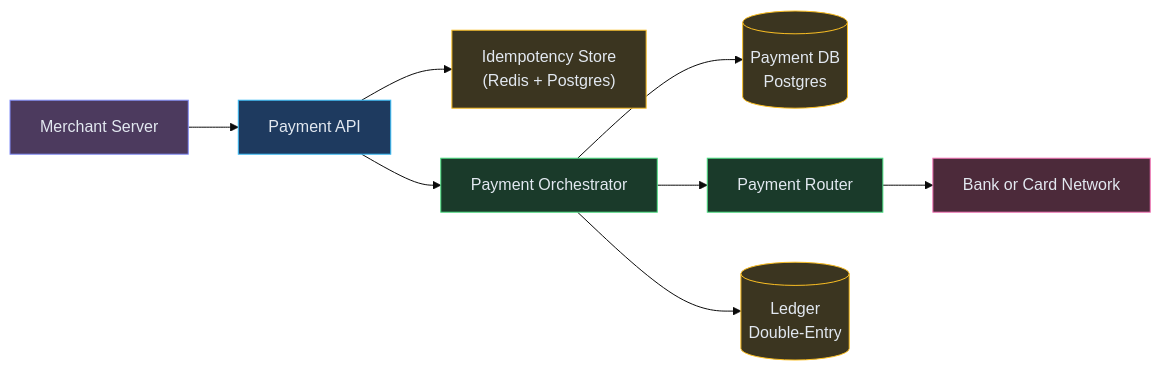
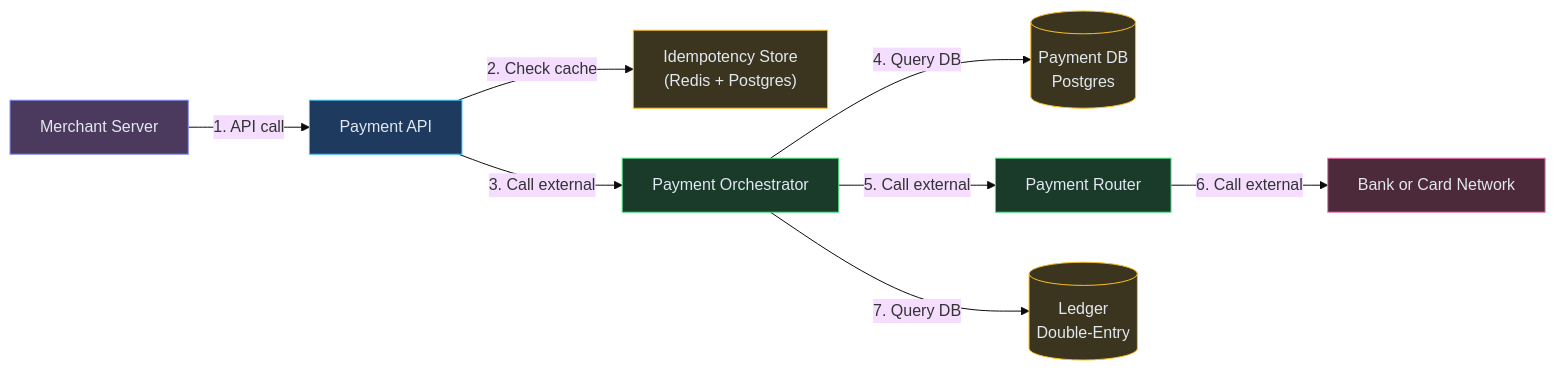
The second of 6 diagrams in content/hld/PaymentSystem.md (iluzn/HLD-Designs), drawn with Mermaid (base theme) before and after one commit. The commit also changed other lines of this file and 27 other files, not shown here.

````diff
--- a/content/hld/PaymentSystem.md
+++ b/content/hld/PaymentSystem.md
@@ -167,25 +167,25 @@
 ```mermaid
 flowchart LR
     MERCHANT["Merchant Server"]:::client
     API["Payment API"]:::edge
     IDEMP["Idempotency Store<br/>(Redis + Postgres)"]:::data
     ORCH["Payment Orchestrator"]:::service
     DB[("Payment DB<br/>Postgres")]:::data
     ROUTER["Payment Router"]:::service
     BANK["Bank or Card Network"]:::external
     LEDGER[("Ledger<br/>Double-Entry")]:::data
 
-    MERCHANT --> API
-    API --> IDEMP
-    API --> ORCH
-    ORCH --> DB
-    ORCH --> ROUTER
-    ROUTER --> BANK
-    ORCH --> LEDGER
+    MERCHANT -->|"1. API call"| API
+    API -->|"2. Check cache"| IDEMP
+    API -->|"3. Call external"| ORCH
+    ORCH -->|"4. Query DB"| DB
+    ORCH -->|"5. Call external"| ROUTER
+    ROUTER -->|"6. Call external"| BANK
+    ORCH -->|"7. Query DB"| LEDGER
 
     classDef client fill:#4c3a5e,stroke:#818cf8,color:#e2e8f0
     classDef edge fill:#1e3a5f,stroke:#38bdf8,color:#e2e8f0
     classDef service fill:#1a3a2a,stroke:#4ade80,color:#e2e8f0
     classDef data fill:#3b3520,stroke:#fbbf24,color:#e2e8f0
     classDef external fill:#4c2a3a,stroke:#f472b6,color:#e2e8f0
 ```
````
